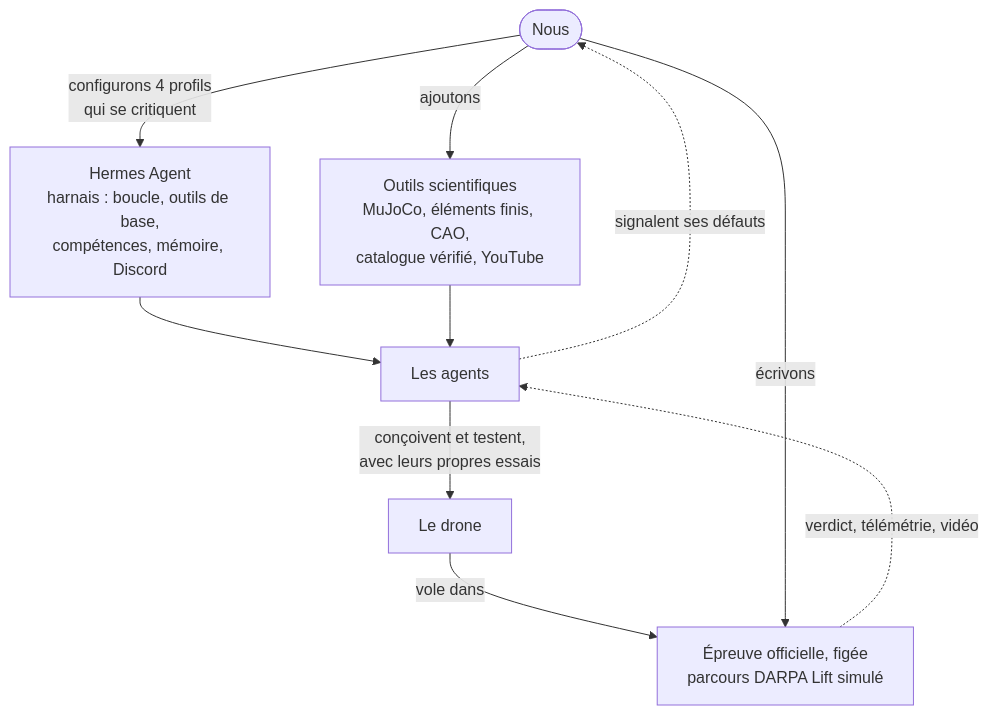
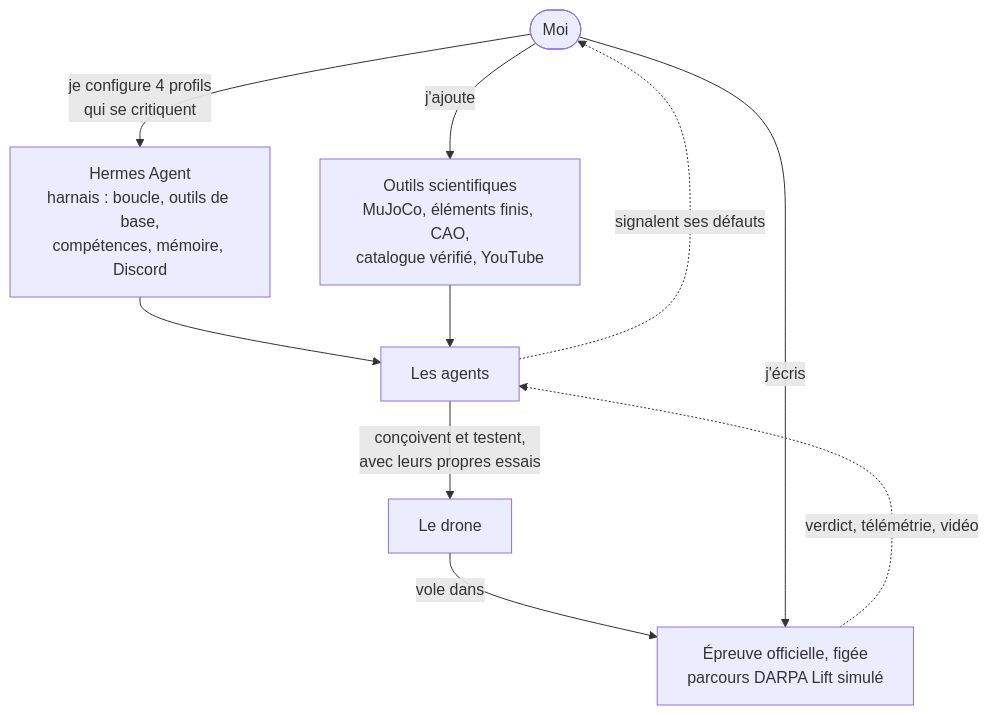
Before and after one commit to Gougnafier/dronelab: the diagram in docs/diagrams/principe.mmd, drawn with Mermaid. The commit also changed 4 other files, not shown here.

```diff
--- a/docs/diagrams/principe.mmd
+++ b/docs/diagrams/principe.mmd
@@ -1,11 +1,11 @@
 flowchart TB
-    NOUS(["Nous"])
-    NOUS -->|"configurons 4 profils<br/>qui se critiquent"| HERMES["Hermes Agent<br/>harnais : boucle, outils de base,<br/>compétences, mémoire, Discord"]
-    NOUS -->|"ajoutons"| SCI["Outils scientifiques<br/>MuJoCo, éléments finis, CAO,<br/>catalogue vérifié, YouTube"]
+    NOUS(["Moi"])
+    NOUS -->|"je configure 4 profils<br/>qui se critiquent"| HERMES["Hermes Agent<br/>harnais : boucle, outils de base,<br/>compétences, mémoire, Discord"]
+    NOUS -->|"j'ajoute"| SCI["Outils scientifiques<br/>MuJoCo, éléments finis, CAO,<br/>catalogue vérifié, YouTube"]
     HERMES --> AG["Les agents"]
     SCI --> AG
     AG -->|"conçoivent et testent,<br/>avec leurs propres essais"| PROD["Le drone"]
     PROD -->|"vole dans"| EXAM["Épreuve officielle, figée<br/>parcours DARPA Lift simulé"]
-    NOUS -->|"écrivons"| EXAM
+    NOUS -->|"j'écris"| EXAM
     EXAM -.->|"verdict, télémétrie, vidéo"| AG
     AG -.->|"signalent ses défauts"| NOUS
```
